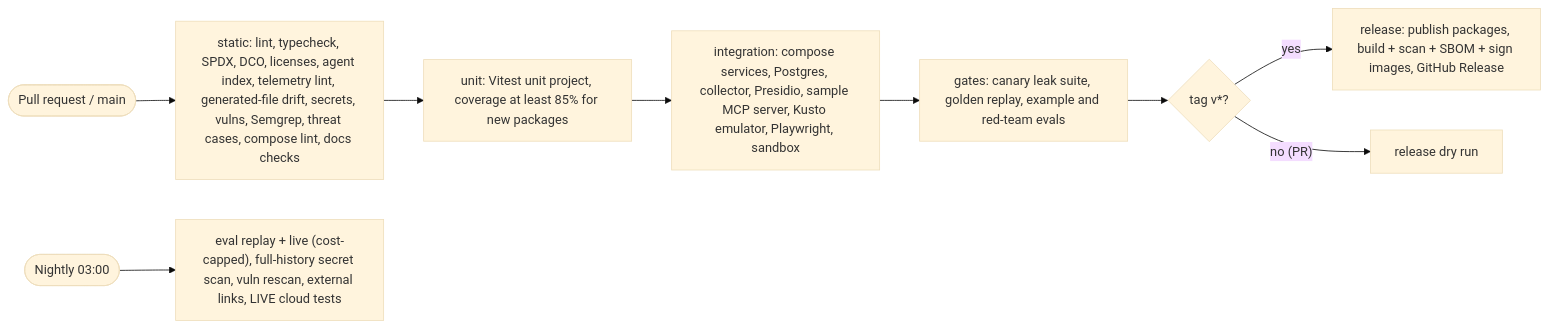
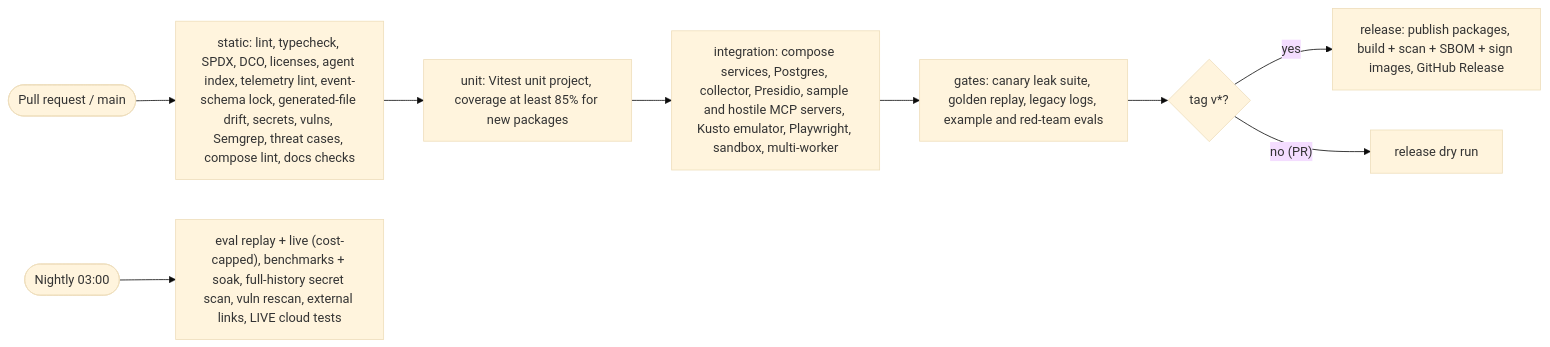
Before and after one commit to Rovinos-AI/rovinos-ai-harness: diagram 17 of 18 in README.md, drawn with Mermaid (base theme). The commit also changed other lines of this file and 40 other files, not shown here.

````diff
--- a/README.md
+++ b/README.md
@@ -681,11 +782,11 @@
 ```mermaid
 flowchart LR
-  PR(["Pull request / main"]) --> STATIC["static: lint, typecheck, SPDX, DCO, licenses, agent index, telemetry lint, generated-file drift, secrets, vulns, Semgrep, threat cases, compose lint, docs checks"]
+  PR(["Pull request / main"]) --> STATIC["static: lint, typecheck, SPDX, DCO, licenses, agent index, telemetry lint, event-schema lock, generated-file drift, secrets, vulns, Semgrep, threat cases, compose lint, docs checks"]
   STATIC --> UNIT["unit: Vitest unit project, coverage at least 85% for new packages"]
-  UNIT --> INTEG["integration: compose services, Postgres, collector, Presidio, sample MCP server, Kusto emulator, Playwright, sandbox"]
-  INTEG --> GATES["gates: canary leak suite, golden replay, example and red-team evals"]
+  UNIT --> INTEG["integration: compose services, Postgres, collector, Presidio, sample and hostile MCP servers, Kusto emulator, Playwright, sandbox, multi-worker"]
+  INTEG --> GATES["gates: canary leak suite, golden replay, legacy logs, example and red-team evals"]
   GATES --> REL{"tag v*?"}
   REL -- yes --> RELEASE["release: publish packages, build + scan + SBOM + sign images, GitHub Release"]
   REL -- "no (PR)" --> DRY["release dry run"]
-  NIGHTLY(["Nightly 03:00"]) --> NE["eval replay + live (cost-capped), full-history secret scan, vuln rescan, external links, LIVE cloud tests"]
+  NIGHTLY(["Nightly 03:00"]) --> NE["eval replay + live (cost-capped), benchmarks + soak, full-history secret scan, vuln rescan, external links, LIVE cloud tests"]
 ```
````
